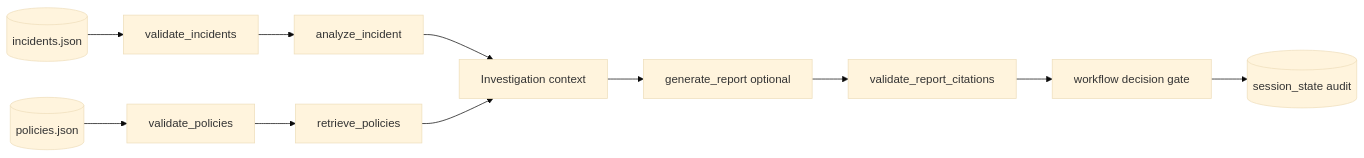
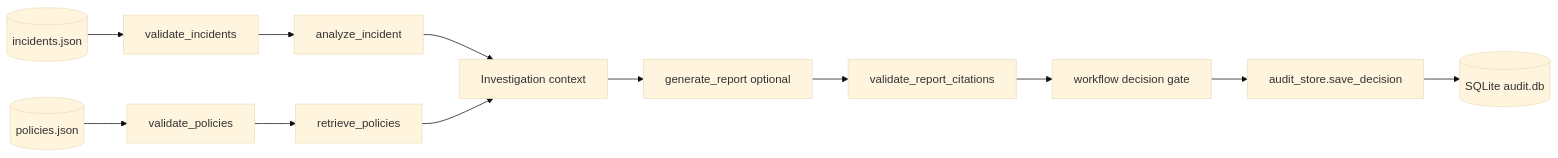
One commit to Kush760/GuardBee changed the diagram in docs/diagrams/data_flow.mmd. Above: the diagram before and after it, drawn with Mermaid (base theme). The commit also changed 108 other files, not shown here.

```diff
--- a/docs/diagrams/data_flow.mmd
+++ b/docs/diagrams/data_flow.mmd
@@ -1,11 +1,12 @@
 flowchart LR
   I[(incidents.json)] --> V[validate_incidents]
   P[(policies.json)] --> W[validate_policies]
   V --> E[analyze_incident]
   W --> R[retrieve_policies]
   E --> Q[Investigation context]
   R --> Q
   Q --> A[generate_report optional]
   A --> C[validate_report_citations]
   C --> D[workflow decision gate]
-  D --> S[(session_state audit)]
+  D --> S[audit_store.save_decision]
+  S --> DB[(SQLite audit.db)]
```
